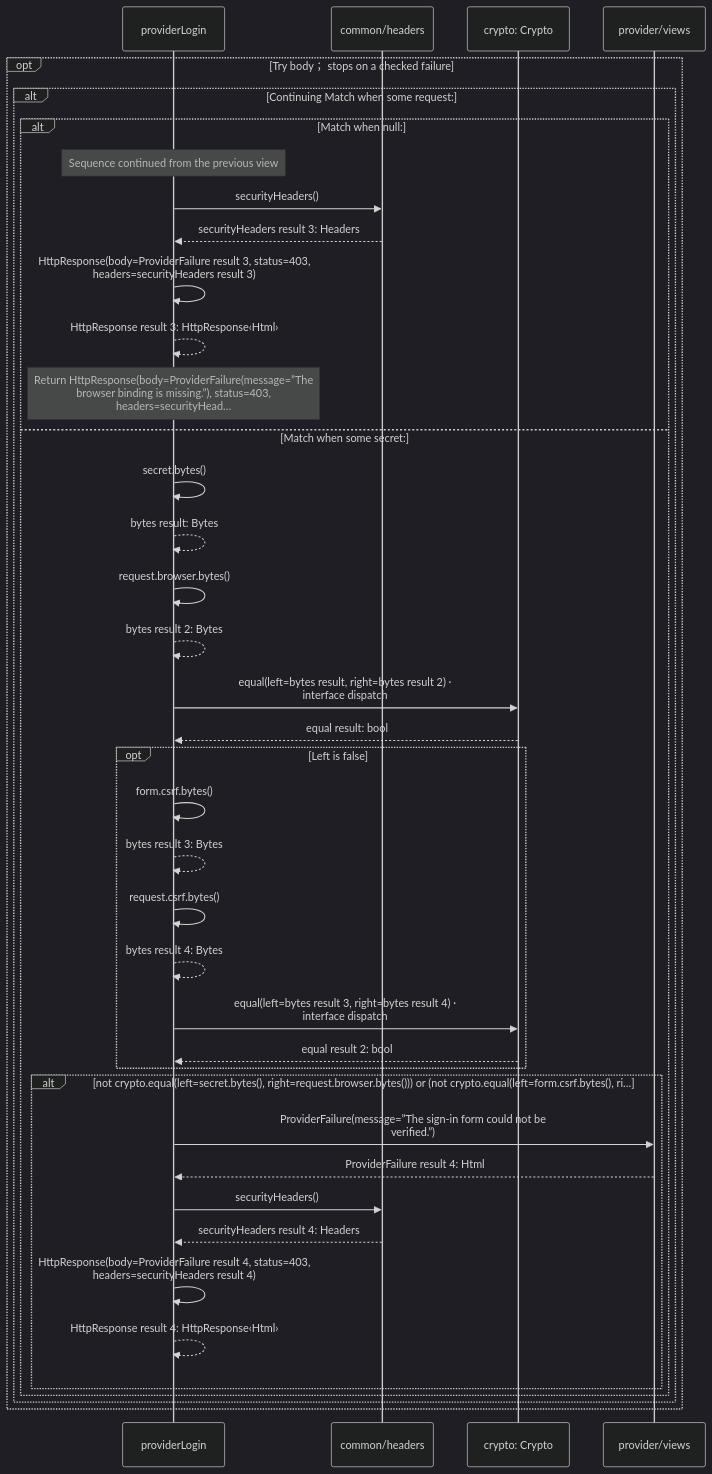
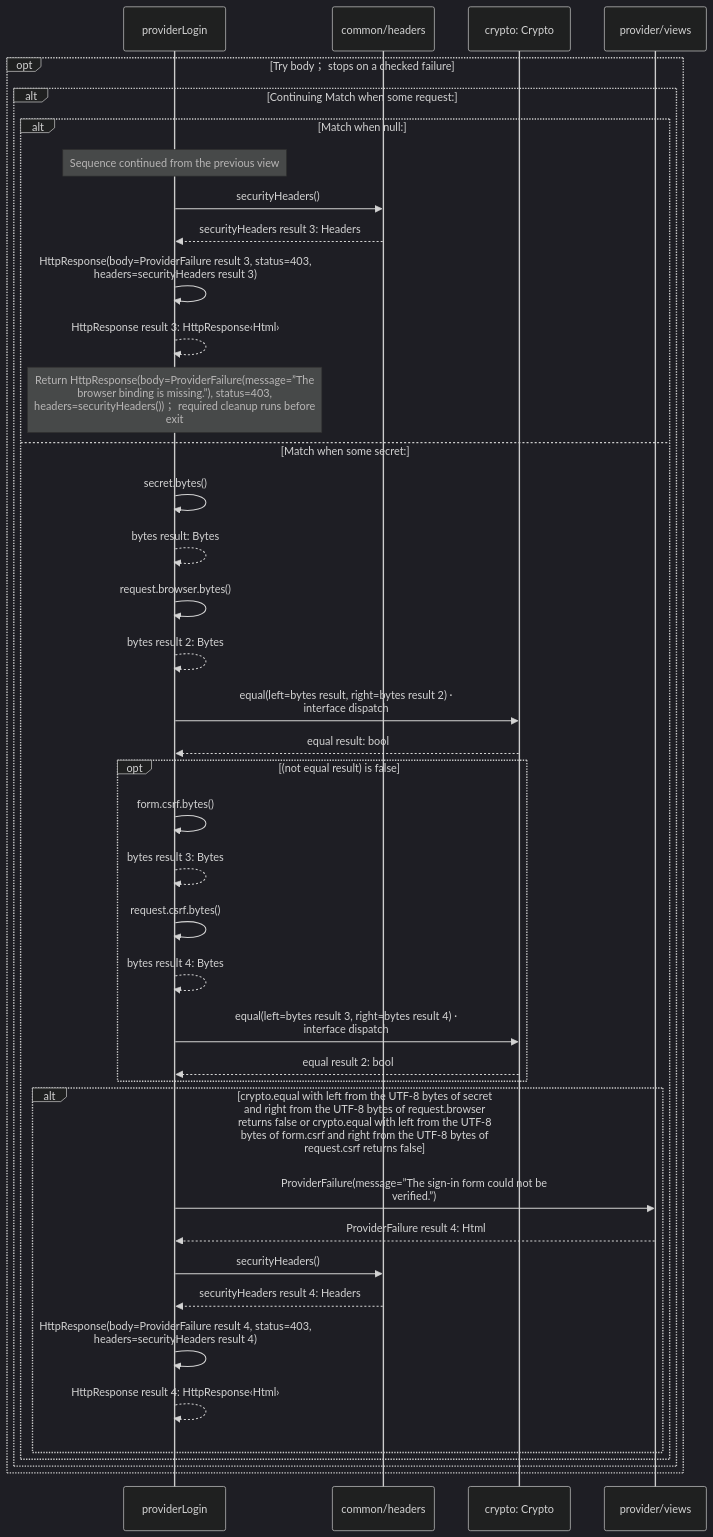
Before and after one commit to GreenPandaStudios/augscript: the ninth of 12 diagrams in docs/examples/oidc-login/provider/authorization-diagrams.md, drawn with Mermaid (dark theme). The commit also changed other lines of this file and 658 other files, not shown here.

````diff
--- a/docs/examples/oidc-login/provider/authorization-diagrams.md
+++ b/docs/examples/oidc-login/provider/authorization-diagrams.md
@@ -258,42 +282,42 @@
 ```mermaid
 sequenceDiagram
     participant p0 as providerLogin
     participant p1 as common/headers
     participant p2 as crypto: Crypto
     participant p3 as provider/views
     opt Try body； stops on a checked failure
     alt Continuing Match when some request:
     alt Match when null:
     Note over p0: Sequence continued from the previous view
     p0->>p1: securityHeaders()
     p1-->>p0: securityHeaders result 3: Headers
     p0->>p0: HttpResponse(body=ProviderFailure result 3, status=403,<br/>headers=securityHeaders result 3)
     p0-->>p0: HttpResponse result 3: HttpResponse‹Html›
-    Note over p0: Return HttpResponse(body=ProviderFailure(message=”The<br/>browser binding is missing.”), status=403,<br/>headers=securityHead…
+    Note over p0: Return HttpResponse(body=ProviderFailure(message=”The<br/>browser binding is missing.”), status=403,<br/>headers=securityHeaders())； required cleanup runs before<br/>exit
     else Match when some secret:
     p0->>p0: secret.bytes()
     p0-->>p0: bytes result: Bytes
     p0->>p0: request.browser.bytes()
     p0-->>p0: bytes result 2: Bytes
     p0->>p2: equal(left=bytes result, right=bytes result 2) ·<br/>interface dispatch
     p2-->>p0: equal result: bool
-    opt Left is false
+    opt (not equal result) is false
     p0->>p0: form.csrf.bytes()
     p0-->>p0: bytes result 3: Bytes
     p0->>p0: request.csrf.bytes()
     p0-->>p0: bytes result 4: Bytes
     p0->>p2: equal(left=bytes result 3, right=bytes result 4) ·<br/>interface dispatch
     p2-->>p0: equal result 2: bool
     end
-    alt not crypto.equal(left=secret.bytes(), right=request.browser.bytes())) or (not crypto.equal(left=form.csrf.bytes(), ri…
+    alt crypto.equal with left from the UTF-8 bytes of secret<br/>and right from the UTF-8 bytes of request.browser<br/>returns false or crypto.equal with left from the UTF-8<br/>bytes of form.csrf and right from the UTF-8 bytes of<br/>request.csrf returns false
     p0->>p3: ProviderFailure(message=”The sign-in form could not be<br/>verified.”)
     p3-->>p0: ProviderFailure result 4: Html
     p0->>p1: securityHeaders()
     p1-->>p0: securityHeaders result 4: Headers
     p0->>p0: HttpResponse(body=ProviderFailure result 4, status=403,<br/>headers=securityHeaders result 4)
     p0-->>p0: HttpResponse result 4: HttpResponse‹Html›
     end
     end
     end
     end
 ```
````
